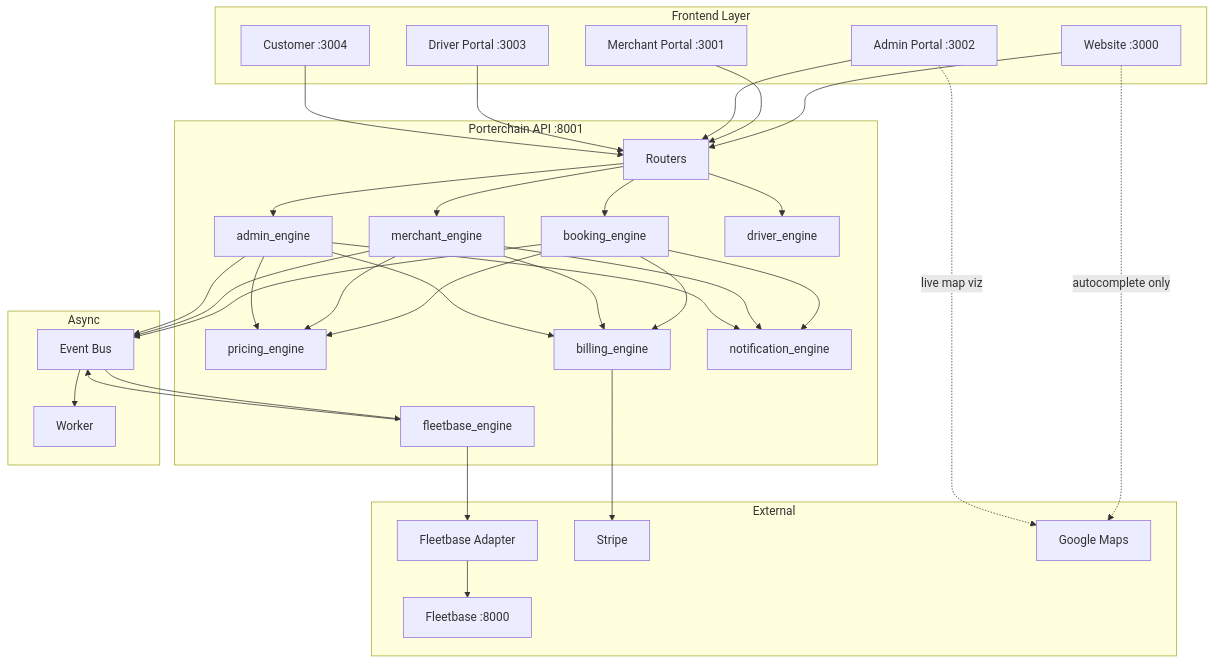
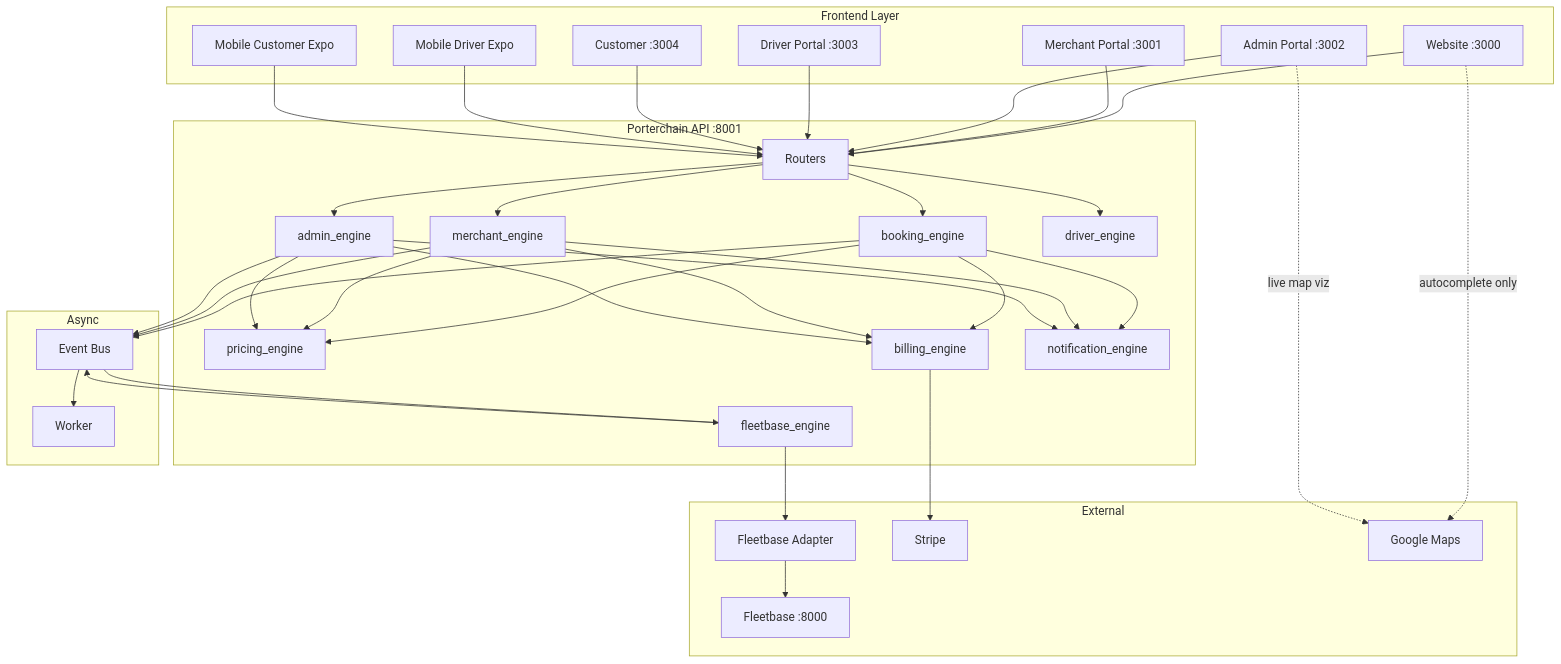
The diagram in MODULE_DEPENDENCY_GRAPH.md (PORTERCHAIN-INC/PCD), drawn with Mermaid before and after one commit. The commit also changed other lines of this file and 453 other files, not shown here.

````diff
--- a/MODULE_DEPENDENCY_GRAPH.md
+++ b/MODULE_DEPENDENCY_GRAPH.md
@@ -10,50 +14,54 @@
 ```mermaid
 flowchart TB
   subgraph ui [Frontend Layer]
     W[Website :3000]
     MP[Merchant Portal :3001]
     AP[Admin Portal :3002]
     DP[Driver Portal :3003]
     CP[Customer :3004]
+    MD[Mobile Driver Expo]
+    MC[Mobile Customer Expo]
   end
 
   subgraph api [Porterchain API :8001]
     R[Routers]
     BE[booking_engine]
     ME[merchant_engine]
     AE[admin_engine]
     FE[fleetbase_engine]
     DE[driver_engine]
     PE[pricing_engine]
     BLE[billing_engine]
     NE[notification_engine]
   end
 
   subgraph async [Async]
     EB[Event Bus]
     WK[Worker]
   end
 
   subgraph ext [External]
     FA[Fleetbase Adapter]
     FB[Fleetbase :8000]
     ST[Stripe]
     GM[Google Maps]
   end
 
   W --> R
   MP --> R
   AP --> R
   DP --> R
   CP --> R
+  MD --> R
+  MC --> R
   R --> BE & ME & AE & DE
   BE & ME & AE --> PE & BLE & NE
   BE & ME & AE & FE --> EB
   EB --> WK
   EB --> FE
   FE --> FA
   FA --> FB
   BLE --> ST
   W -.->|autocomplete only| GM
   AP -.->|live map viz| GM
 ```
````
